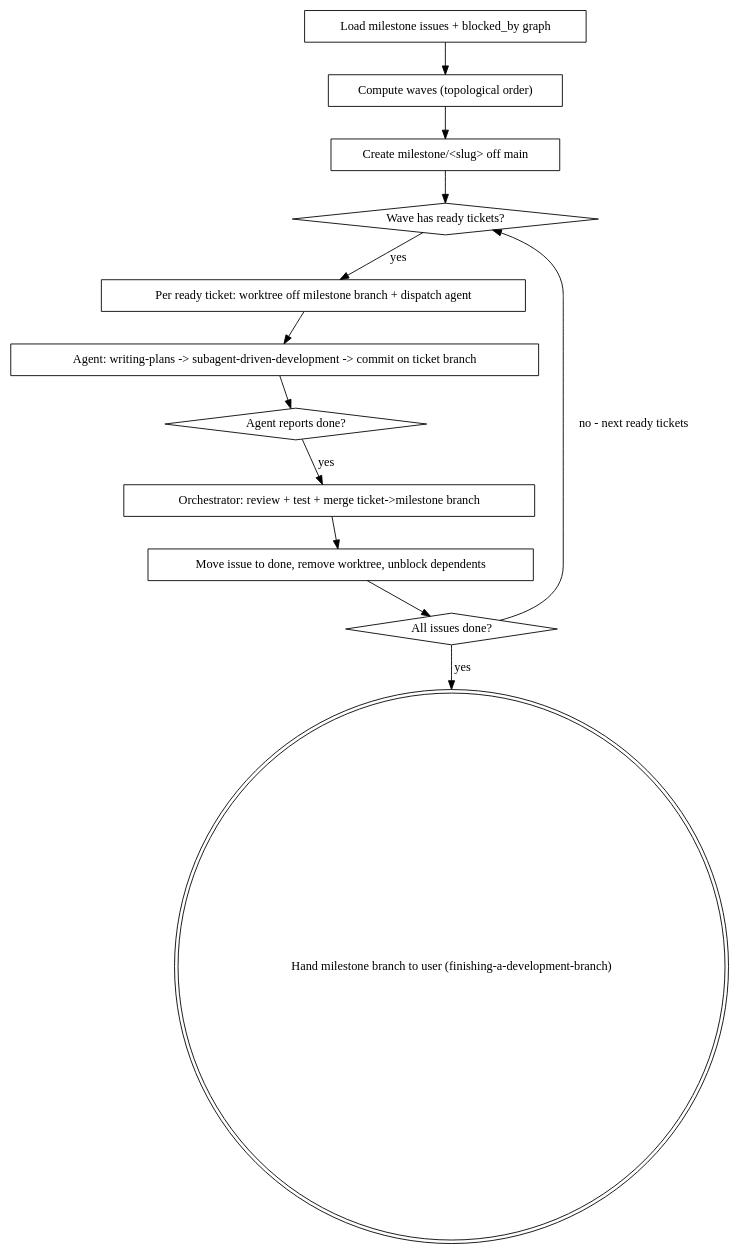
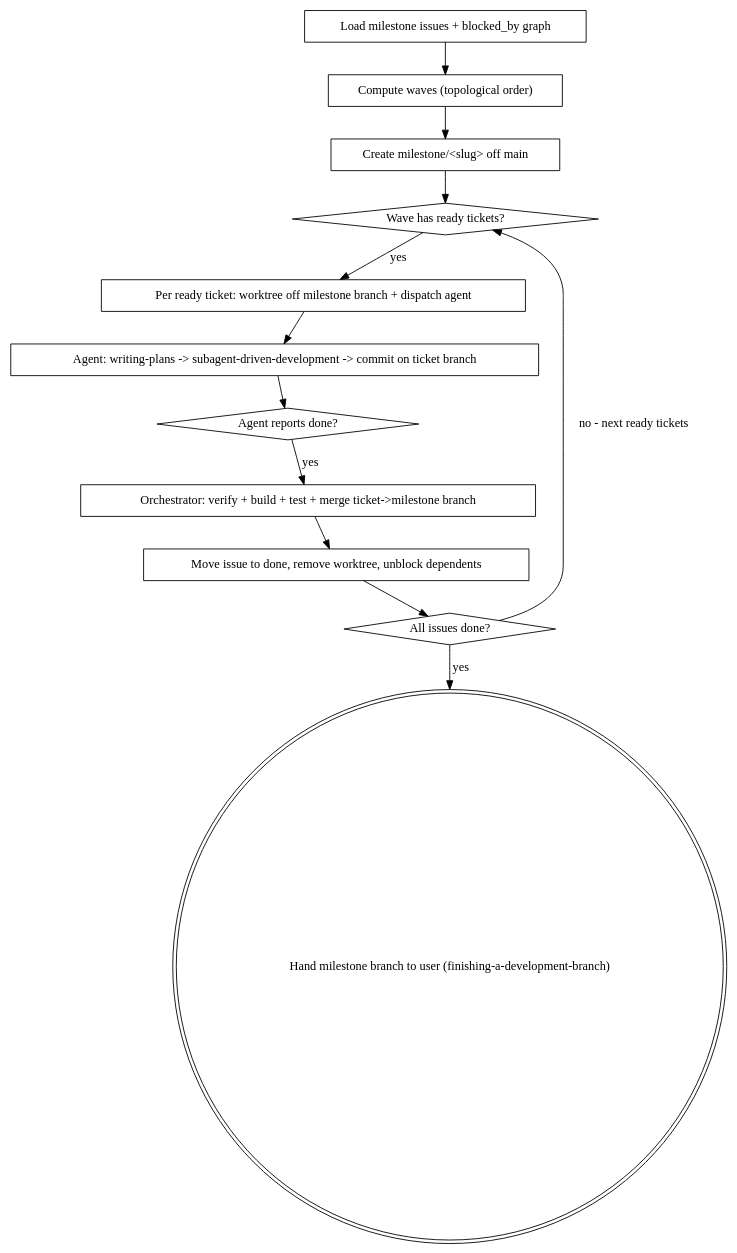
Before and after one commit to Alex-Gilbert/alex-skills: the diagram in skills/complete-milestone/SKILL.md, drawn with Graphviz. The commit also changed other lines of this file, not shown here.

Commit message:
Squash merge rfc-2119-pass-test into main

````diff
--- a/skills/complete-milestone/SKILL.md
+++ b/skills/complete-milestone/SKILL.md
@@ -41,27 +43,27 @@
 ```dot
 digraph complete_milestone {
     "Load milestone issues + blocked_by graph" [shape=box];
     "Compute waves (topological order)" [shape=box];
     "Create milestone/<slug> off main" [shape=box];
     "Wave has ready tickets?" [shape=diamond];
     "Per ready ticket: worktree off milestone branch + dispatch agent" [shape=box];
     "Agent: writing-plans -> subagent-driven-development -> commit on ticket branch" [shape=box];
     "Agent reports done?" [shape=diamond];
-    "Orchestrator: review + test + merge ticket->milestone branch" [shape=box];
+    "Orchestrator: verify + build + test + merge ticket->milestone branch" [shape=box];
     "Move issue to done, remove worktree, unblock dependents" [shape=box];
     "All issues done?" [shape=diamond];
     "Hand milestone branch to user (finishing-a-development-branch)" [shape=doublecircle];
 
     "Load milestone issues + blocked_by graph" -> "Compute waves (topological order)";
     "Compute waves (topological order)" -> "Create milestone/<slug> off main";
     "Create milestone/<slug> off main" -> "Wave has ready tickets?";
     "Wave has ready tickets?" -> "Per ready ticket: worktree off milestone branch + dispatch agent" [label="yes"];
     "Per ready ticket: worktree off milestone branch + dispatch agent" -> "Agent: writing-plans -> subagent-driven-development -> commit on ticket branch";
     "Agent: writing-plans -> subagent-driven-development -> commit on ticket branch" -> "Agent reports done?";
-    "Agent reports done?" -> "Orchestrator: review + test + merge ticket->milestone branch" [label="yes"];
-    "Orchestrator: review + test + merge ticket->milestone branch" -> "Move issue to done, remove worktree, unblock dependents";
+    "Agent reports done?" -> "Orchestrator: verify + build + test + merge ticket->milestone branch" [label="yes"];
+    "Orchestrator: verify + build + test + merge ticket->milestone branch" -> "Move issue to done, remove worktree, unblock dependents";
     "Move issue to done, remove worktree, unblock dependents" -> "All issues done?";
     "All issues done?" -> "Wave has ready tickets?" [label="no - next ready tickets"];
     "All issues done?" -> "Hand milestone branch to user (finishing-a-development-branch)" [label="yes"];
 }
 ```
````
